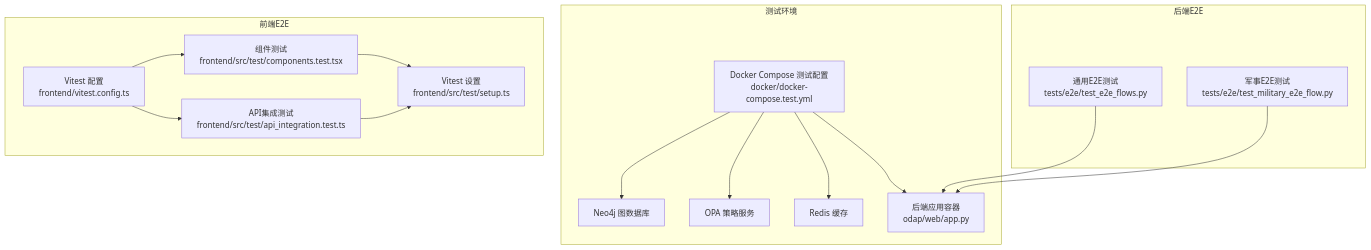
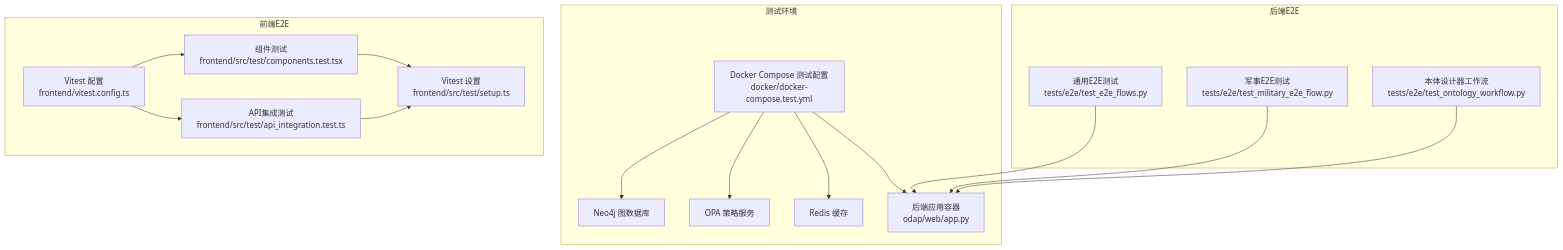
Before and after one commit to inier/ontology-graphiti: the first of 6 diagrams in .qoder/repowiki/zh/content/测试策略/端到端测试.md, drawn with Mermaid. The commit also changed other lines of this file and 8 other files, not shown here.

````diff
--- a/.qoder/repowiki/zh/content/测试策略/端到端测试.md
+++ b/.qoder/repowiki/zh/content/测试策略/端到端测试.md
@@ -41,30 +50,32 @@
 ```mermaid
 graph TB
 subgraph "测试环境"
 DC["Docker Compose 测试配置<br/>docker/docker-compose.test.yml"]
 NE["Neo4j 图数据库"]
 OP["OPA 策略服务"]
 RD["Redis 缓存"]
 APP["后端应用容器<br/>odap/web/app.py"]
 end
 subgraph "后端E2E"
 TE2E["通用E2E测试<br/>tests/e2e/test_e2e_flows.py"]
 TMIL["军事E2E测试<br/>tests/e2e/test_military_e2e_flow.py"]
+TONTO["本体设计器工作流<br/>tests/e2e/test_ontology_workflow.py"]
 end
 subgraph "前端E2E"
 FESET["Vitest 设置<br/>frontend/src/test/setup.ts"]
 FVCFG["Vitest 配置<br/>frontend/vitest.config.ts"]
 FCMP["组件测试<br/>frontend/src/test/components.test.tsx"]
 FAPI["API集成测试<br/>frontend/src/test/api_integration.test.ts"]
 end
 DC --> NE
 DC --> OP
 DC --> RD
 DC --> APP
 TE2E --> APP
 TMIL --> APP
+TONTO --> APP
 FCMP --> FESET
 FAPI --> FESET
 FVCFG --> FCMP
 FVCFG --> FAPI
 ```
````
